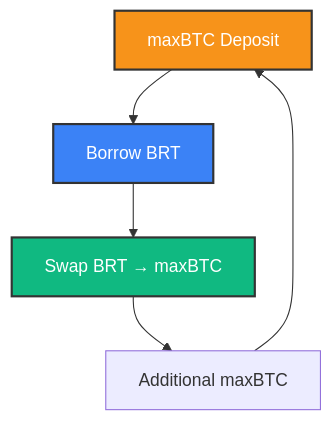
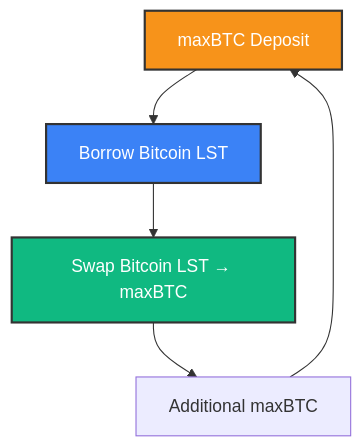
The diagram in apps/docs/src/app/user-guide/looping/page.mdx (Amber-Finance/amber-frontend), drawn with Mermaid before and after one commit. The commit also changed other lines of this file and 20 other files, not shown here.

Commit message:
copy: update all BRT mentions to Bitcoin LST

````diff
--- a/apps/docs/src/app/user-guide/looping/page.mdx
+++ b/apps/docs/src/app/user-guide/looping/page.mdx
@@ -31,17 +31,17 @@
 ```mermaid
 graph TD
     A[maxBTC Deposit]
-    A --> B[Borrow BRT]
-    B --> C[Swap BRT → maxBTC]
+    A --> B[Borrow Bitcoin LST]
+    B --> C[Swap Bitcoin LST → maxBTC]
     C --> D[Additional maxBTC]
     D --> A
 
     style A fill:#f7931a,stroke:#333,stroke-width:2px,color:#fff
     style B fill:#3b82f6,stroke:#333,stroke-width:2px,color:#fff
     style C fill:#10b981,stroke:#333,stroke-width:2px,color:#fff
 
     classDef amberStyle fill:#f7931a,stroke:#333,stroke-width:2px,color:#fff
     classDef vaultStyle fill:#1a1a1a,stroke:#f7931a,stroke-width:3px,color:#fff
     classDef borrowStyle fill:#3b82f6,stroke:#333,stroke-width:2px,color:#fff
     classDef swapStyle fill:#10b981,stroke:#333,stroke-width:2px,color:#fff
 ```
````
